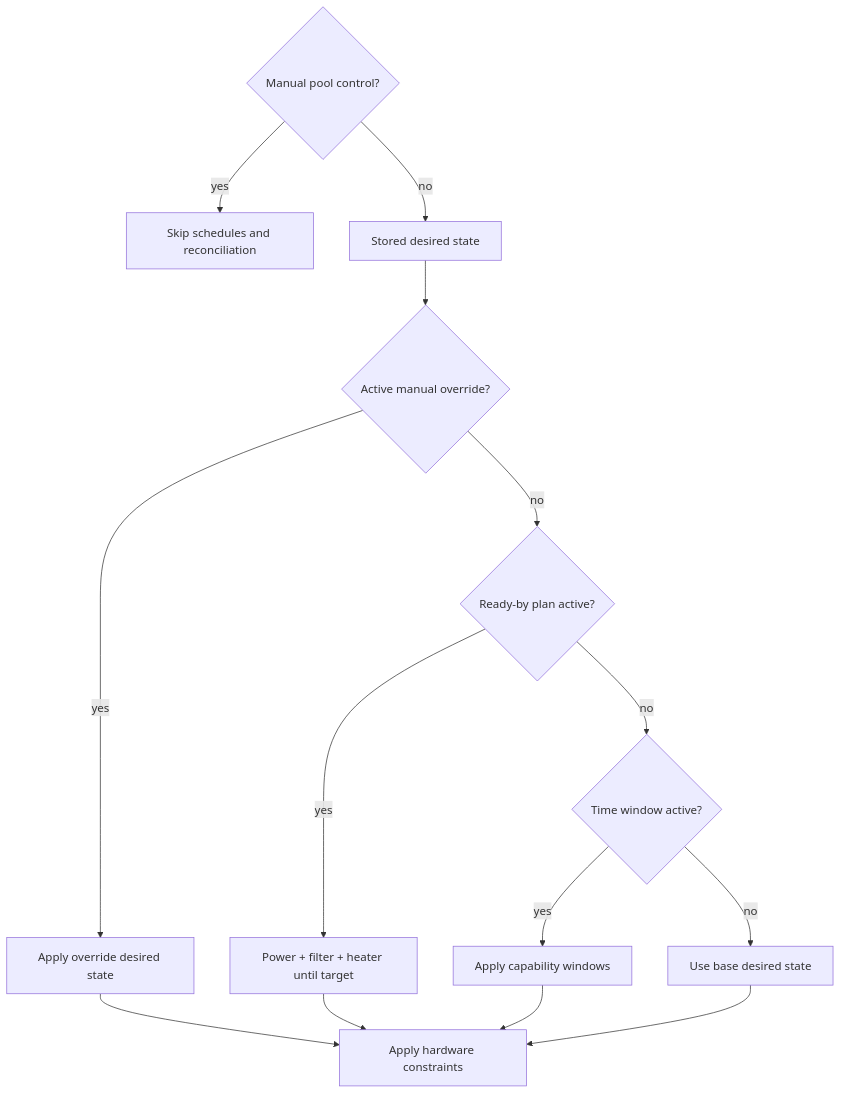
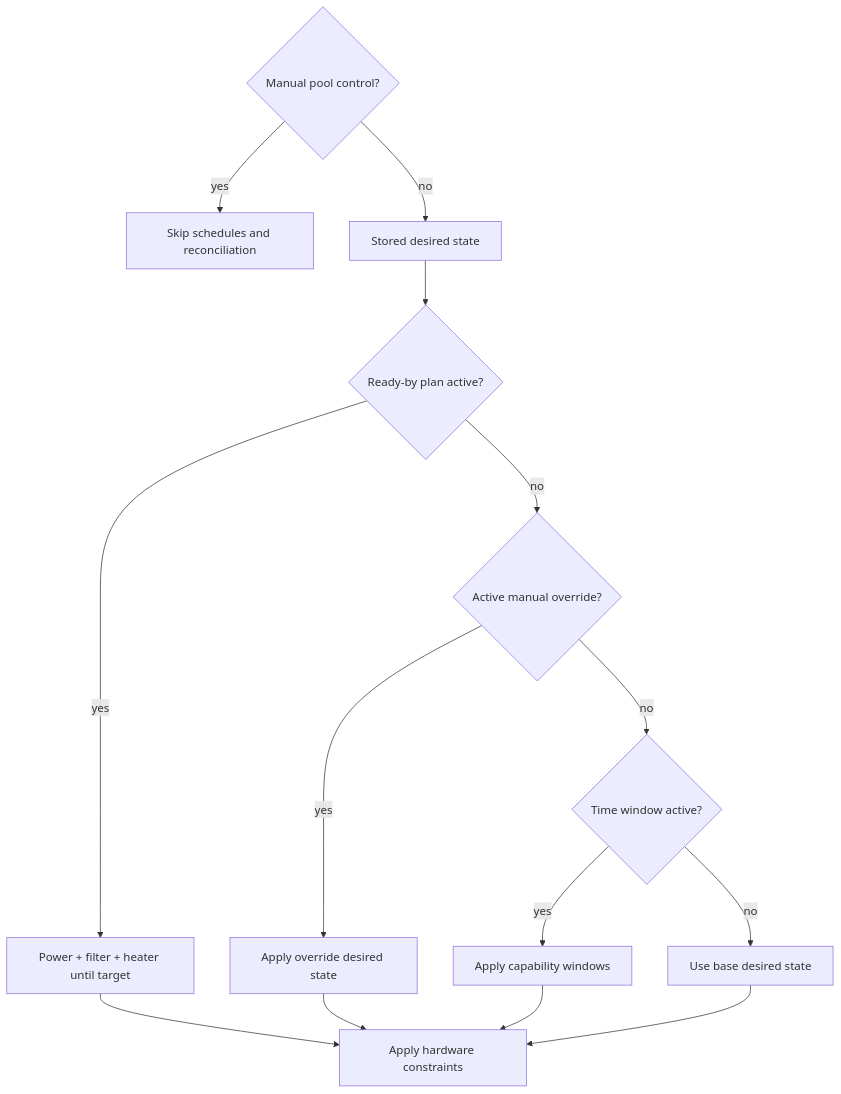
Before and after one commit to thieso2/poold: the second of 3 diagrams in README.md, drawn with Mermaid. The commit also changed other lines of this file and 10 other files, not shown here.

````diff
--- a/README.md
+++ b/README.md
@@ -177,16 +178,16 @@
 ```mermaid
 flowchart TD
   Mode{Manual pool control?} -->|yes| Skip[Skip schedules and reconciliation]
   Mode -->|no| Base[Stored desired state]
-  Base --> Manual{Active manual override?}
+  Base --> Ready{Ready-by plan active?}
+  Ready -->|yes| Heat[Power + filter + heater until target]
+  Ready -->|no| Manual{Active manual override?}
   Manual -->|yes| Override[Apply override desired state]
-  Manual -->|no| Ready{Ready-by plan active?}
-  Ready -->|yes| Heat[Power + filter + heater until target]
-  Ready -->|no| Window{Time window active?}
+  Manual -->|no| Window{Time window active?}
   Window -->|yes| WindowDesired[Apply capability windows]
   Window -->|no| BaseOnly[Use base desired state]
   Override --> Hardware[Apply hardware constraints]
   Heat --> Hardware
   WindowDesired --> Hardware
   BaseOnly --> Hardware
 ```
````
